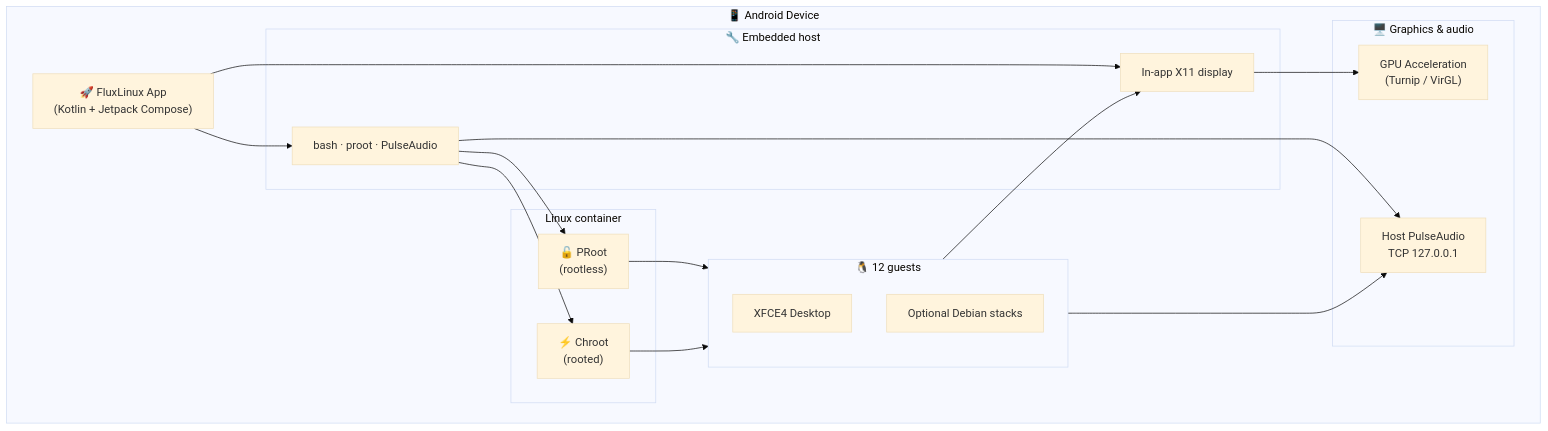
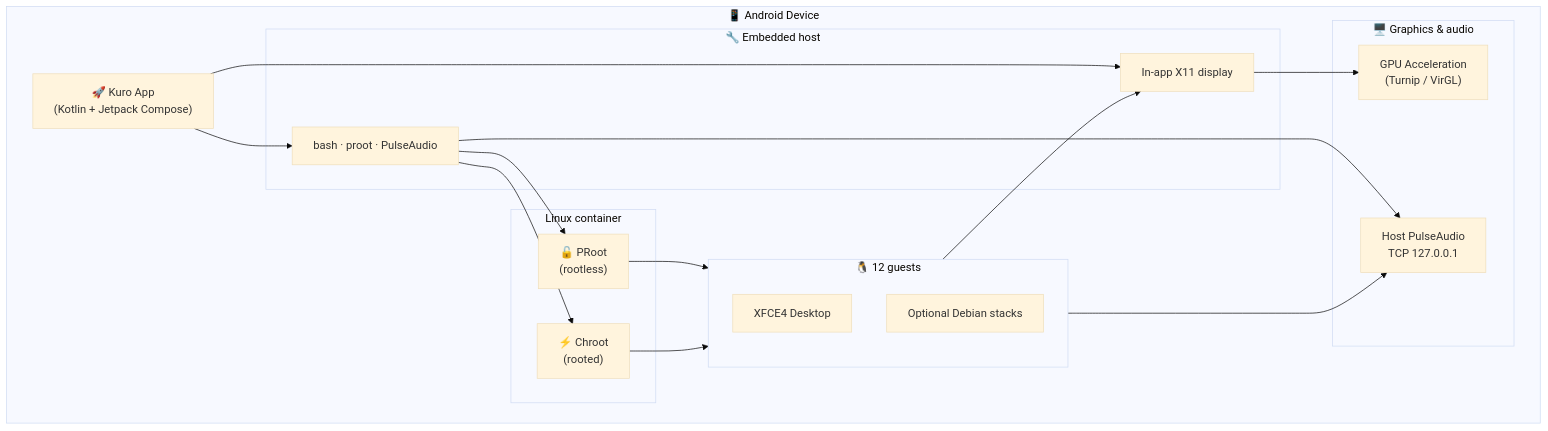
Before and after one commit to HakaI963/kuro: the diagram in README.md, drawn with Mermaid (base theme). The commit also changed other lines of this file and 573 other files, not shown here.

````diff
--- a/README.md
+++ b/README.md
@@ -211,37 +211,37 @@
 ```mermaid
 flowchart TB
     subgraph Android["📱 Android Device"]
-        FluxLinux["🚀 FluxLinux App<br/>(Kotlin + Jetpack Compose)"]
+        Kuro["🚀 Kuro App<br/>(Kotlin + Jetpack Compose)"]
 
         subgraph Host["🔧 Embedded host"]
             TermuxHost["bash · proot · PulseAudio"]
             X11["In-app X11 display"]
         end
 
         subgraph Container["Linux container"]
             PRoot["🔓 PRoot<br/>(rootless)"]
             Chroot["⚡ Chroot<br/>(rooted)"]
         end
 
         subgraph Distro["🐧 12 guests"]
             XFCE["XFCE4 Desktop"]
             DevTools["Optional Debian stacks"]
         end
 
         subgraph Display["🖥️ Graphics & audio"]
             GPU["GPU Acceleration<br/>(Turnip / VirGL)"]
             Pulse["Host PulseAudio<br/>TCP 127.0.0.1"]
         end
     end
 
-    FluxLinux --> TermuxHost
-    FluxLinux --> X11
+    Kuro --> TermuxHost
+    Kuro --> X11
     TermuxHost --> PRoot
     TermuxHost --> Chroot
     PRoot --> Distro
     Chroot --> Distro
     Distro --> X11
     X11 --> GPU
     Distro --> Pulse
     TermuxHost --> Pulse
 ```
````
